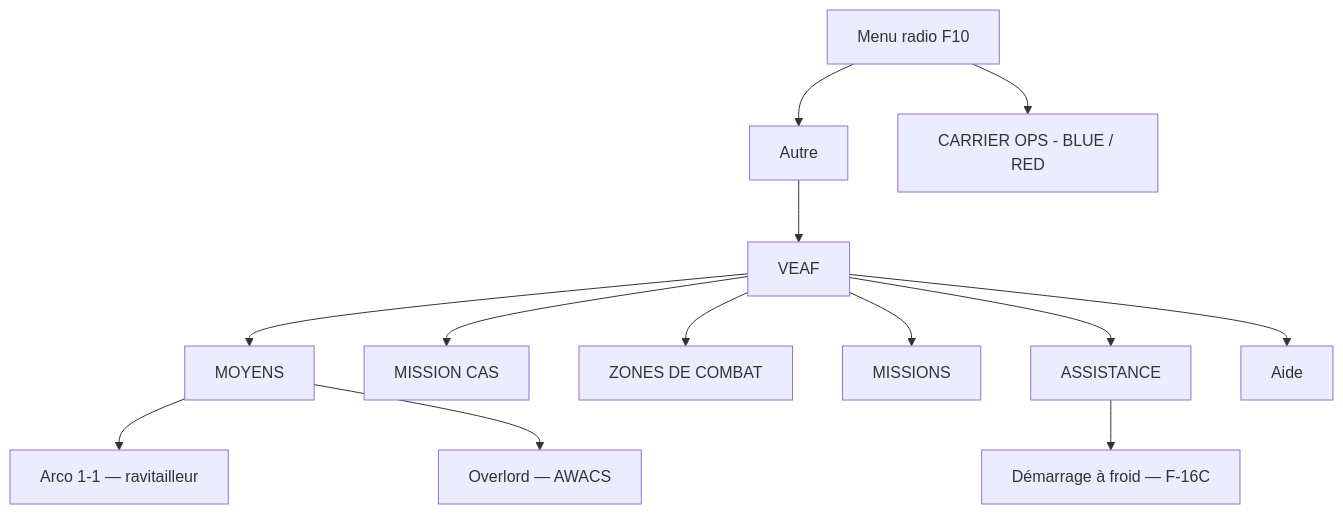
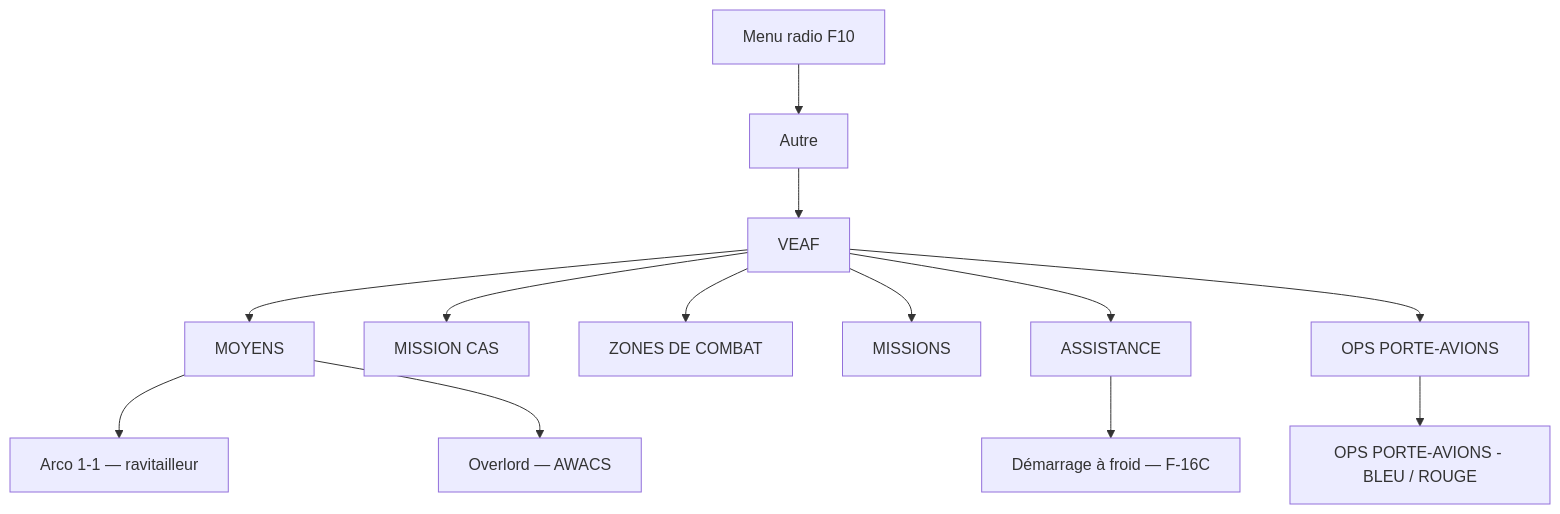
Before and after one commit to VEAF/VEAF-Mission-Creation-Tools: the diagram in doc/pilot/GUIDE.md, drawn with Mermaid. The commit also changed 4 other files, not shown here.

````diff
--- a/doc/pilot/GUIDE.md
+++ b/doc/pilot/GUIDE.md
@@ -52,14 +52,13 @@
 ```mermaid
 graph TD
     F10[Menu radio F10] --> Autre[Autre] --> VEAF[VEAF]
     VEAF --> Res[MOYENS]
     VEAF --> CAS[MISSION CAS]
     VEAF --> CZ[ZONES DE COMBAT]
     VEAF --> Miss[MISSIONS]
     VEAF --> Assist[ASSISTANCE]
-    VEAF --> Aide[Aide]
     Assist --> AS1["Démarrage à froid — F-16C"]
     Res --> A1["Arco 1-1 — ravitailleur"]
     Res --> A2["Overlord — AWACS"]
-    F10 --> Carrier["CARRIER OPS - BLUE / RED"]
+    VEAF --> Carrier["OPS PORTE-AVIONS"] --> CarrierSide["OPS PORTE-AVIONS - BLEU / ROUGE"]
 ```
````
